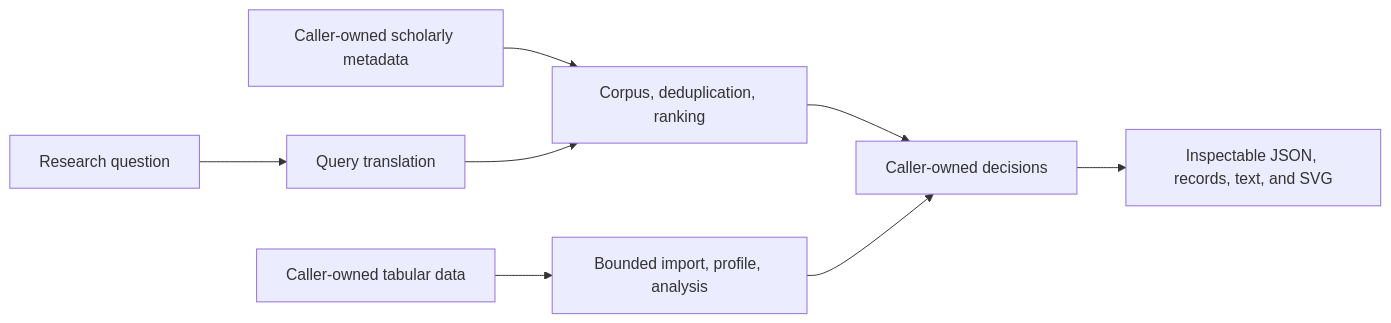
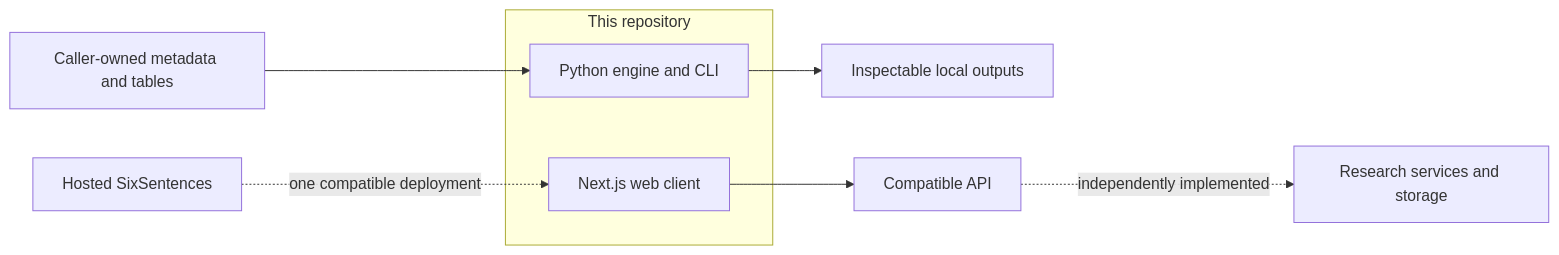
The diagram in README.md (SixSentences/sixsentences), drawn with Mermaid before and after one commit. The commit also changed other lines of this file and 10 other files, not shown here.

````diff
--- a/README.md
+++ b/README.md
@@ -183,10 +215,12 @@
 ```mermaid
 flowchart LR
-    Q[Research question] --> L[Query translation]
-    M[Caller-owned scholarly metadata] --> C[Corpus, deduplication, ranking]
-    L --> C
-    D[Caller-owned tabular data] --> A[Bounded import, profile, analysis]
-    C --> H[Caller-owned decisions]
-    A --> H
-    H --> O[Inspectable JSON, records, text, and SVG]
+    subgraph OSS[This repository]
+        E[Python engine and CLI]
+        W[Next.js web client]
+    end
+    I[Caller-owned metadata and tables] --> E
+    E --> O[Inspectable local outputs]
+    W --> A[Compatible API]
+    A -. independently implemented .-> S[Research services and storage]
+    H[Hosted SixSentences] -. one compatible deployment .-> W
 ```
````
